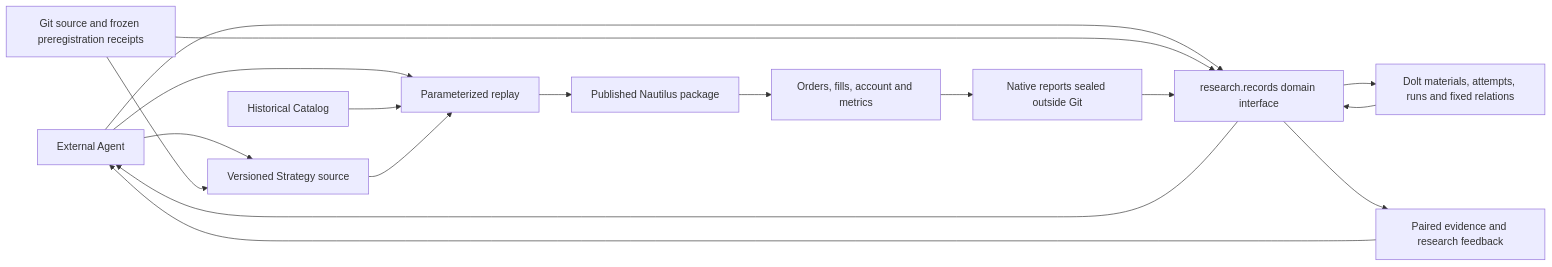
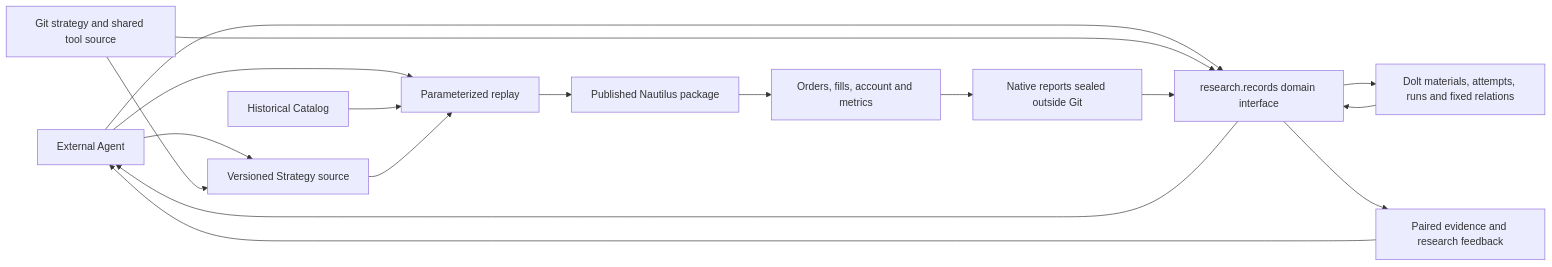
One commit to qOeOp/trade changed the diagram in docs/architecture.md. Above: the diagram before and after it, drawn with Mermaid. The commit also changed other lines of this file and 28 other files, not shown here.

````diff
--- a/docs/architecture.md
+++ b/docs/architecture.md
@@ -5,19 +5,19 @@
 ```mermaid
 flowchart LR
   A[External Agent] --> S[Versioned Strategy source]
   A --> Q[research.records domain interface]
   Q --> L[Dolt materials, attempts, runs and fixed relations]
   L --> Q
   Q --> A
-  G[Git source and frozen preregistration receipts] --> S
+  G[Git strategy and shared tool source] --> S
   G --> Q
   A --> R[Parameterized replay]
   D[Historical Catalog] --> R
   S --> R
   R --> N[Published Nautilus package]
   N --> E[Orders, fills, account and metrics]
   E --> C[Native reports sealed outside Git]
   C --> Q
   Q --> F[Paired evidence and research feedback]
   F --> A
 ```
````
